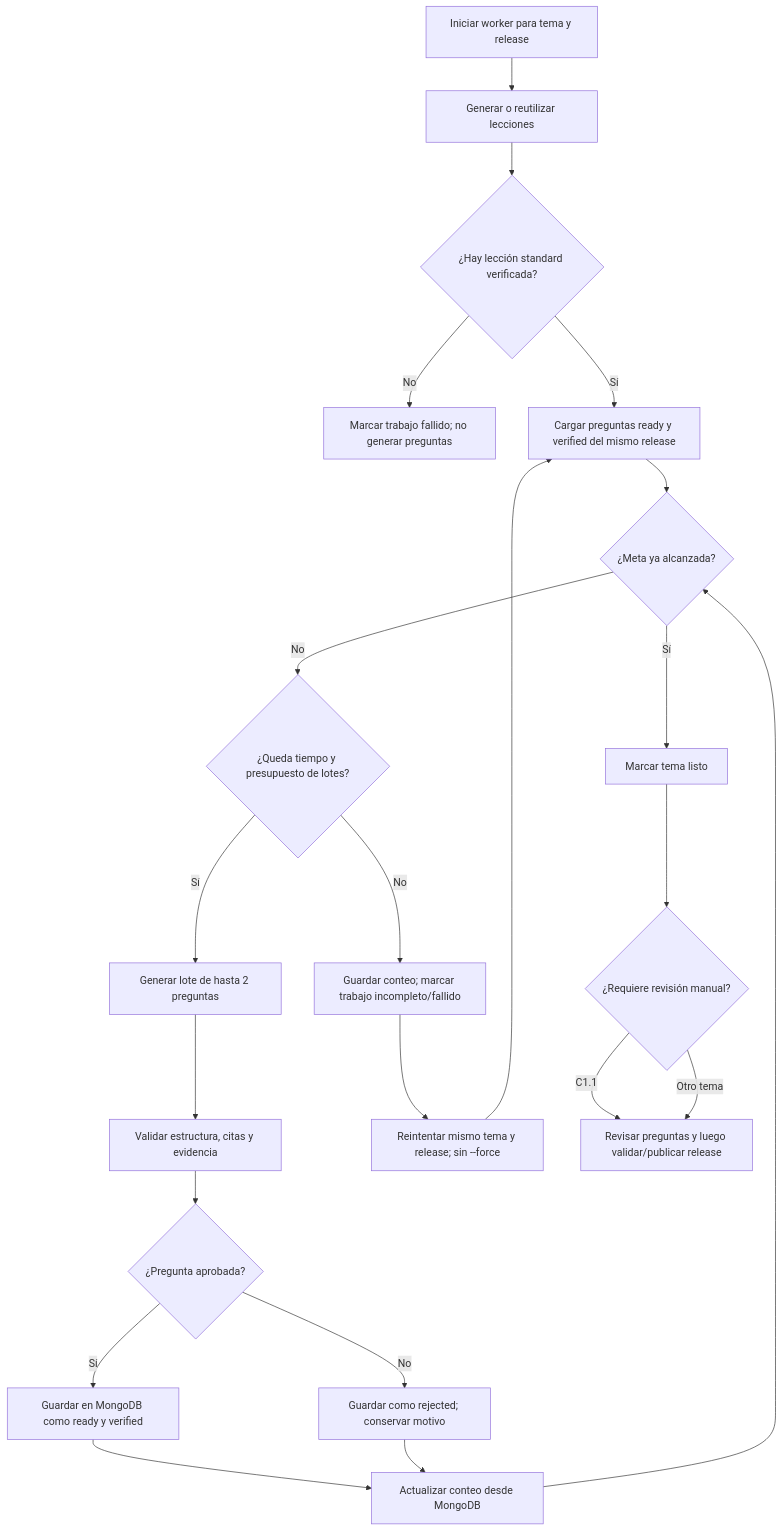
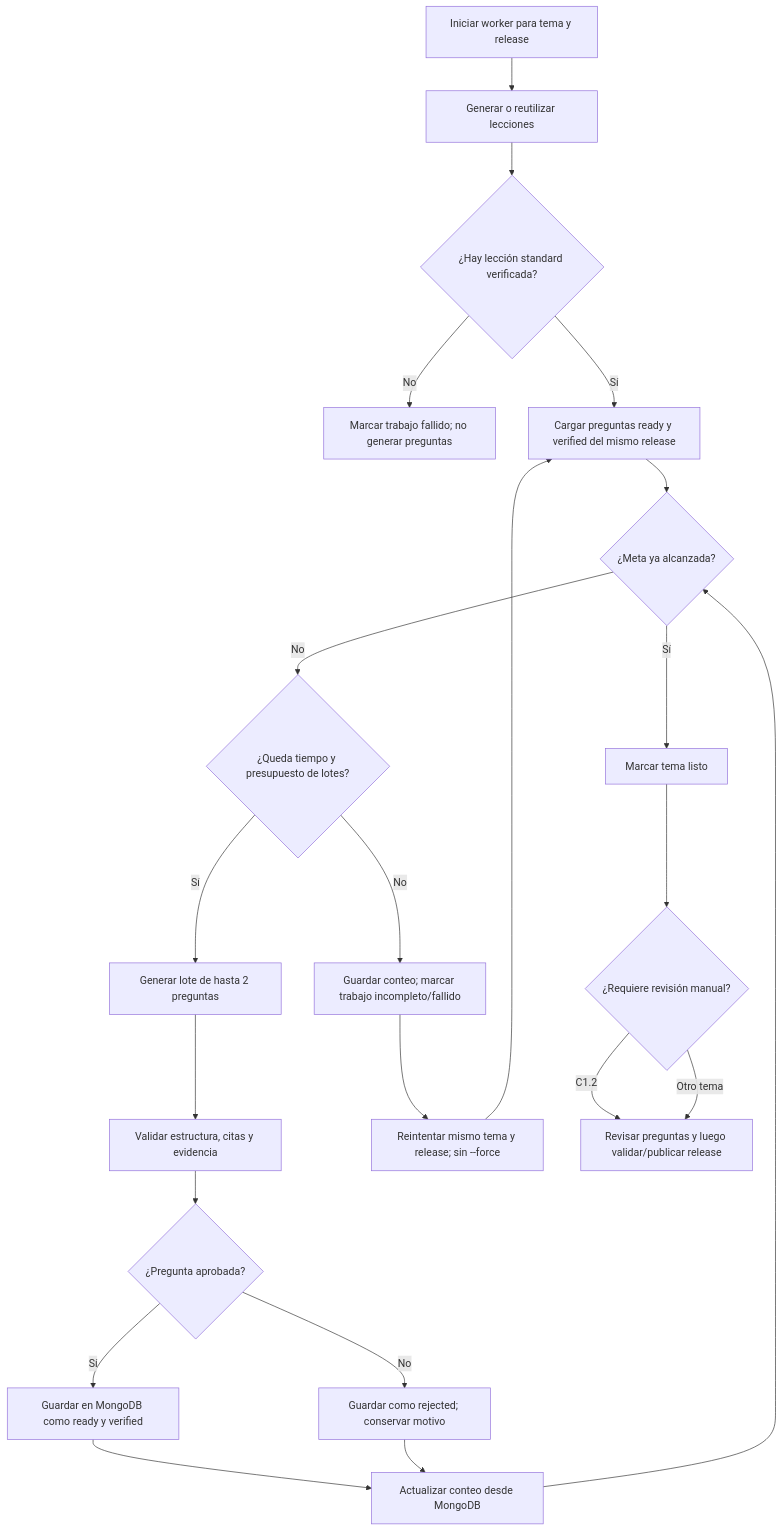
One commit to Lemur-Driver/LemurCopilot changed the second of 2 diagrams in docs/09-worker-contenido.md. Above: the diagram before and after it, drawn with Mermaid. The commit also changed other lines of this file and 19 other files, not shown here.

````diff
--- a/docs/09-worker-contenido.md
+++ b/docs/09-worker-contenido.md
@@ -161,24 +161,24 @@
 ```mermaid
 flowchart TD
     A[Iniciar worker para tema y release] --> B[Generar o reutilizar lecciones]
     B --> C{¿Hay lección standard verificada?}
     C -- No --> X[Marcar trabajo fallido; no generar preguntas]
     C -- Sí --> D[Cargar preguntas ready y verified del mismo release]
     D --> E{¿Meta ya alcanzada?}
     E -- Sí --> P[Marcar tema listo]
     E -- No --> F{¿Queda tiempo y presupuesto de lotes?}
     F -- No --> R[Guardar conteo; marcar trabajo incompleto/fallido]
     F -- Sí --> G[Generar lote de hasta 2 preguntas]
     G --> H[Validar estructura, citas y evidencia]
     H --> I{¿Pregunta aprobada?}
     I -- Sí --> J[Guardar en MongoDB como ready y verified]
     I -- No --> K[Guardar como rejected; conservar motivo]
     J --> L[Actualizar conteo desde MongoDB]
     K --> L
     L --> E
     R --> M[Reintentar mismo tema y release; sin --force]
     M --> D
     P --> N{¿Requiere revisión manual?}
-    N -- C1.1 --> O[Revisar preguntas y luego validar/publicar release]
+    N -- C1.2 --> O[Revisar preguntas y luego validar/publicar release]
     N -- Otro tema --> O
 ```
````
